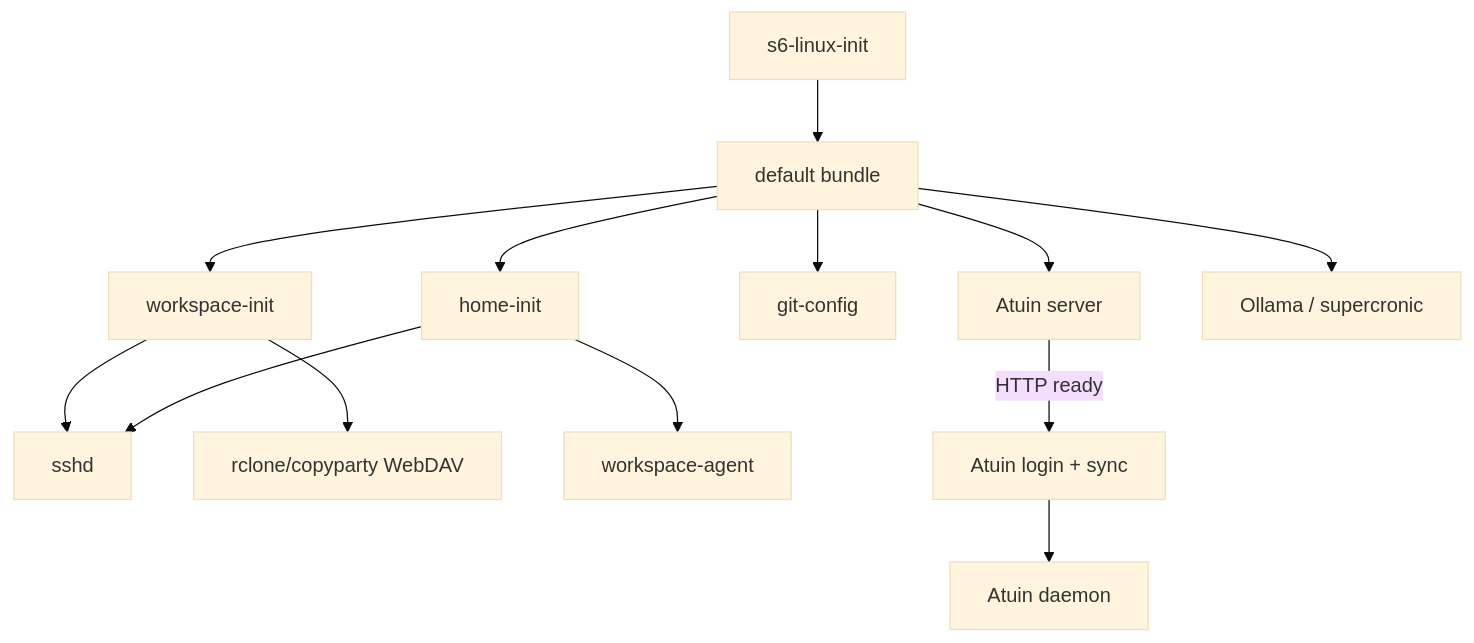
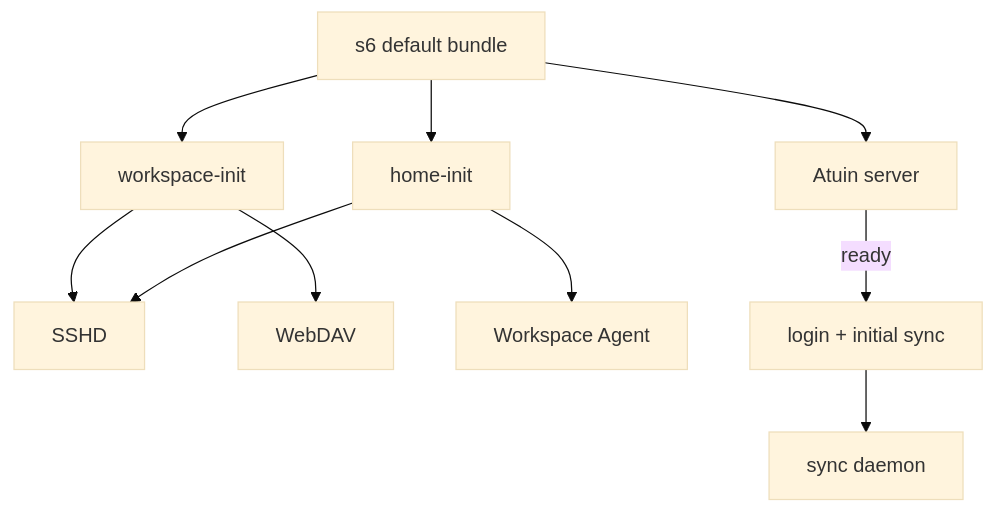
The second of 3 diagrams in platform/container/workspace/DESIGN.md (curoky/codespace), drawn with Mermaid (base theme) before and after one commit. The commit also changed other lines of this file and 16 other files, not shown here.

````diff
--- a/platform/container/workspace/DESIGN.md
+++ b/platform/container/workspace/DESIGN.md
@@ -26,15 +25,12 @@
 ```mermaid
 flowchart TD
-    Init["s6-linux-init"] --> Default["default bundle"]
-    Default --> WorkspaceInit["workspace-init"]
-    Default --> HomeInit["home-init"]
-    Default --> GitConfig["git-config"]
-    WorkspaceInit --> SSHD["sshd"]
-    HomeInit --> SSHD
-    WorkspaceInit --> WebDAV["rclone/copyparty WebDAV"]
-    HomeInit --> Agent["workspace-agent"]
+    Default["s6 default bundle"] --> Data["workspace-init"]
+    Default --> Home["home-init"]
+    Data --> SSHD
+    Home --> SSHD
+    Data --> WebDAV
+    Home --> Agent["Workspace Agent"]
     Default --> AtuinServer["Atuin server"]
-    AtuinServer -->|HTTP ready| AtuinLogin["Atuin login + sync"]
-    AtuinLogin --> AtuinDaemon["Atuin daemon"]
-    Default --> Other["Ollama / supercronic"]
+    AtuinServer -->|ready| AtuinLogin["login + initial sync"]
+    AtuinLogin --> AtuinDaemon["sync daemon"]
 ```
````
